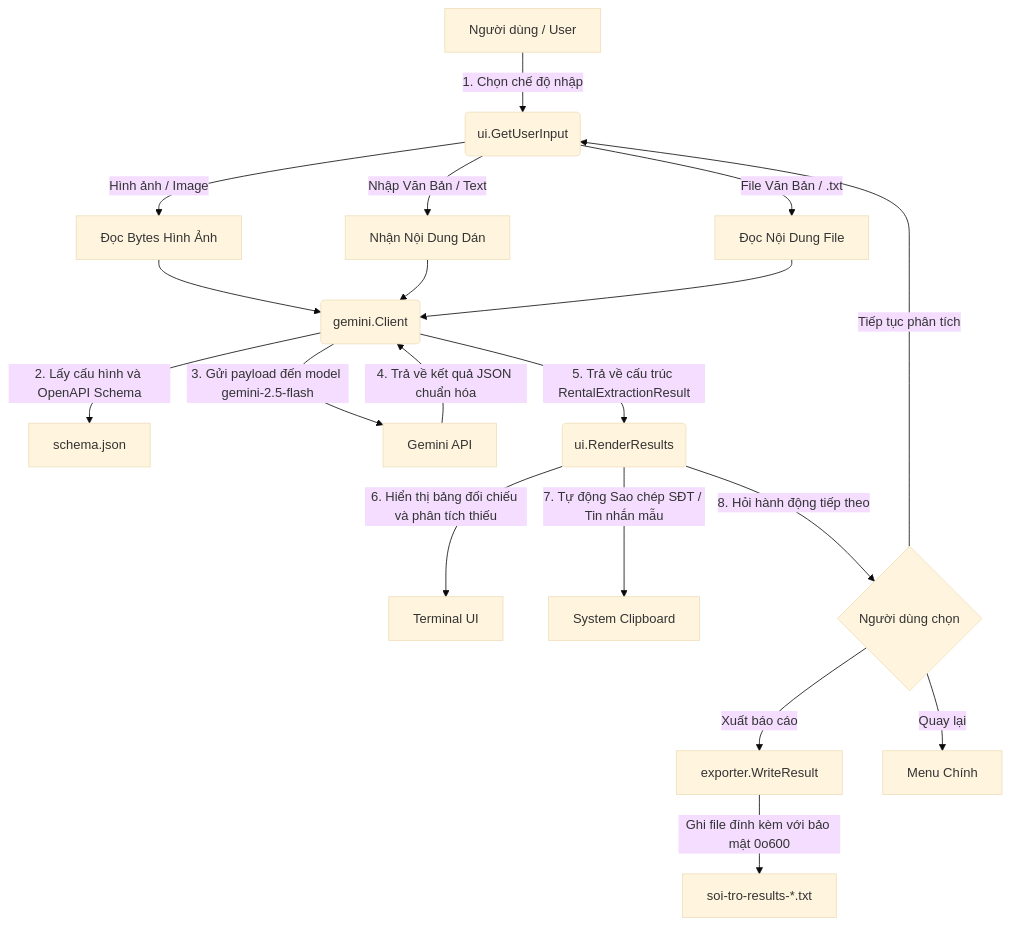
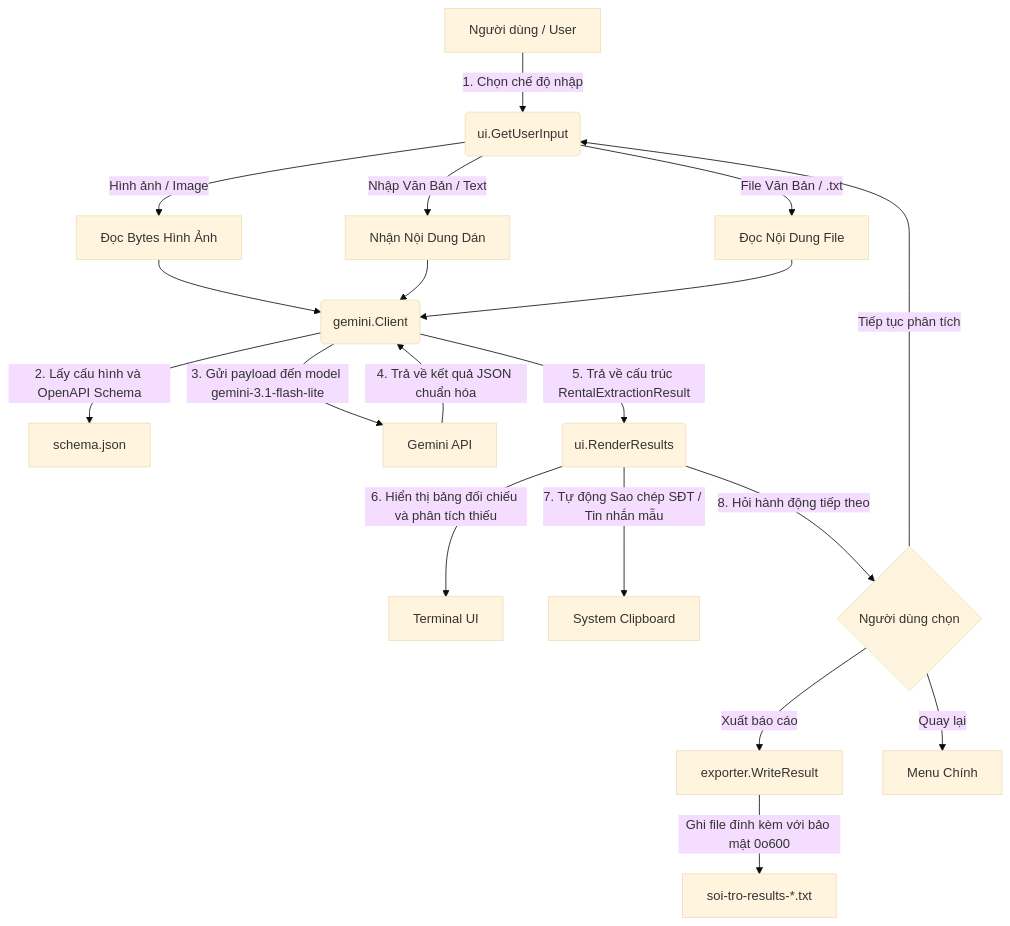
Before and after one commit to johncegom/soi-tro: the diagram in README.md, drawn with Mermaid (base theme). The commit also changed other lines of this file and 3 other files, not shown here.

Commit message:
chore: migrate room parser model to gemini-3.1-flash-lite

````diff
--- a/README.md
+++ b/README.md
@@ -27,21 +27,21 @@
 ```mermaid
 graph TD
     A[Người dùng / User] -->|1. Chọn chế độ nhập| B(ui.GetUserInput)
     B -->|Hình ảnh / Image| C[Đọc Bytes Hình Ảnh]
     B -->|Nhập Văn Bản / Text| D[Nhận Nội Dung Dán]
     B -->|File Văn Bản / .txt| E[Đọc Nội Dung File]
     C --> F(gemini.Client)
     D --> F
     E --> F
     F -->|2. Lấy cấu hình và OpenAPI Schema| G[schema.json]
-    F -->|3. Gửi payload đến model gemini-2.5-flash| H[Gemini API]
+    F -->|3. Gửi payload đến model gemini-3.1-flash-lite| H[Gemini API]
     H -->|4. Trả về kết quả JSON chuẩn hóa| F
     F -->|5. Trả về cấu trúc RentalExtractionResult| I(ui.RenderResults)
     I -->|6. Hiển thị bảng đối chiếu và phân tích thiếu| J[Terminal UI]
     I -->|7. Tự động Sao chép SĐT / Tin nhắn mẫu| K[System Clipboard]
     I -->|8. Hỏi hành động tiếp theo| L{Người dùng chọn}
     L -->|Xuất báo cáo| M[exporter.WriteResult]
     M -->|Ghi file đính kèm với bảo mật 0o600| N[soi-tro-results-*.txt]
     L -->|Tiếp tục phân tích| B
     L -->|Quay lại| O[Menu Chính]
 ```
````
